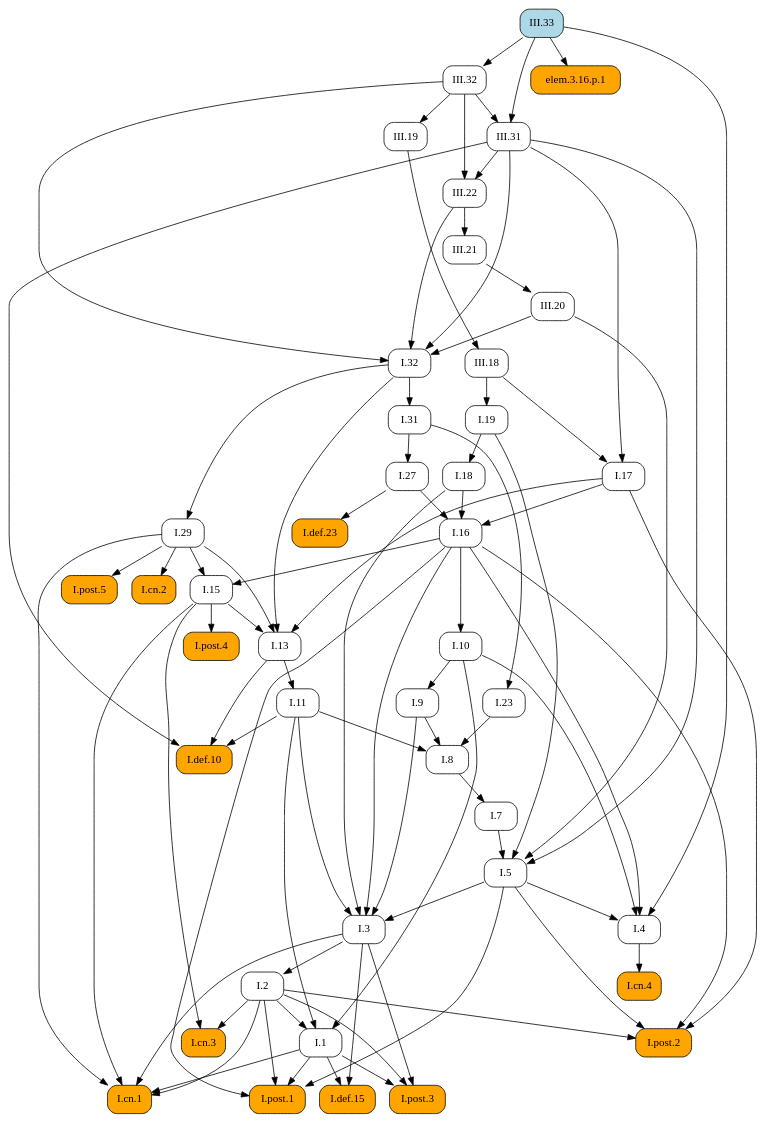
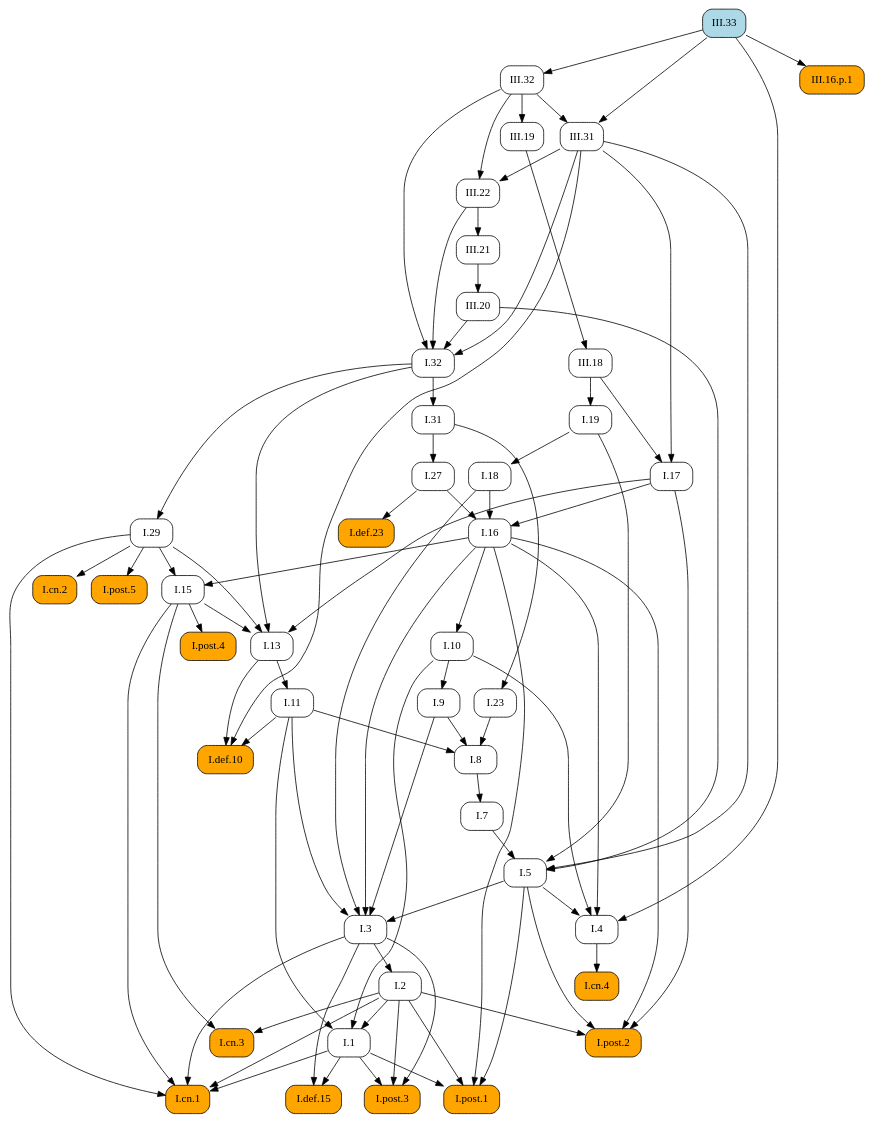
Before and after one commit to geometor/elements: the diagram in docsrc/heath/III/33/index.rst, drawn with Graphviz. The commit also changed other lines of this file and 484 other files, not shown here.

```diff
--- a/docsrc/heath/III/33/index.rst
+++ b/docsrc/heath/III/33/index.rst
@@ -140,129 +140,129 @@
    digraph {
      rankdir="TB";
      node [shape=box, style=rounded];
-     "I.def.10" [style="rounded,filled", fillcolor=orange, URL="/heath/I/def.10/", target="_top"];
-     "I.11" [URL="/heath/I/11/", target="_top"];
-     "I.post.4" [style="rounded,filled", fillcolor=orange, URL="/heath/I/post.4/", target="_top"];
-     "I.1" [URL="/heath/I/1/", target="_top"];
-     "III.32" [URL="/heath/III/32/", target="_top"];
-     "I.29" [URL="/heath/I/29/", target="_top"];
+     "I.23" [URL="/heath/I/23/", target="_top"];
+     "I.9" [URL="/heath/I/9/", target="_top"];
+     "I.32" [URL="/heath/I/32/", target="_top"];
+     "III.16.p.1" [style="rounded,filled", fillcolor=orange];
+     "I.def.15" [style="rounded,filled", fillcolor=orange, URL="/heath/I/def.15/", target="_top"];
+     "I.post.3" [style="rounded,filled", fillcolor=orange, URL="/heath/I/post.3/", target="_top"];
+     "I.post.1" [style="rounded,filled", fillcolor=orange, URL="/heath/I/post.1/", target="_top"];
+     "I.19" [URL="/heath/I/19/", target="_top"];
      "III.20" [URL="/heath/III/20/", target="_top"];
      "III.19" [URL="/heath/III/19/", target="_top"];
+     "I.31" [URL="/heath/I/31/", target="_top"];
+     "III.22" [URL="/heath/III/22/", target="_top"];
+     "I.def.10" [style="rounded,filled", fillcolor=orange, URL="/heath/I/def.10/", target="_top"];
+     "I.18" [URL="/heath/I/18/", target="_top"];
+     "I.27" [URL="/heath/I/27/", target="_top"];
+     "I.3" [URL="/heath/I/3/", target="_top"];
+     "I.cn.1" [style="rounded,filled", fillcolor=orange, URL="/heath/I/cn.1/", target="_top"];
+     "III.18" [URL="/heath/III/18/", target="_top"];
+     "I.7" [URL="/heath/I/7/", target="_top"];
+     "III.32" [URL="/heath/III/32/", target="_top"];
+     "I.2" [URL="/heath/I/2/", target="_top"];
+     "I.13" [URL="/heath/I/13/", target="_top"];
+     "I.post.4" [style="rounded,filled", fillcolor=orange, URL="/heath/I/post.4/", target="_top"];
+     "I.4" [URL="/heath/I/4/", target="_top"];
+     "I.1" [URL="/heath/I/1/", target="_top"];
+     "I.5" [URL="/heath/I/5/", target="_top"];
+     "I.17" [URL="/heath/I/17/", target="_top"];
+     "I.8" [URL="/heath/I/8/", target="_top"];
+     "I.29" [URL="/heath/I/29/", target="_top"];
+     "I.cn.3" [style="rounded,filled", fillcolor=orange, URL="/heath/I/cn.3/", target="_top"];
+     "I.16" [URL="/heath/I/16/", target="_top"];
      "III.31" [URL="/heath/III/31/", target="_top"];
+     "III.33" [style="rounded,filled", fillcolor=lightblue, URL="/heath/III/33/", target="_top"];
+     "I.15" [URL="/heath/I/15/", target="_top"];
+     "I.10" [URL="/heath/I/10/", target="_top"];
+     "I.11" [URL="/heath/I/11/", target="_top"];
+     "I.def.23" [style="rounded,filled", fillcolor=orange, URL="/heath/I/def.23/", target="_top"];
      "I.cn.2" [style="rounded,filled", fillcolor=orange, URL="/heath/I/cn.2/", target="_top"];
-     "I.18" [URL="/heath/I/18/", target="_top"];
-     "I.def.15" [style="rounded,filled", fillcolor=orange, URL="/heath/I/def.15/", target="_top"];
-     "I.post.3" [style="rounded,filled", fillcolor=orange, URL="/heath/I/post.3/", target="_top"];
-     "I.cn.1" [style="rounded,filled", fillcolor=orange, URL="/heath/I/cn.1/", target="_top"];
-     "I.cn.3" [style="rounded,filled", fillcolor=orange, URL="/heath/I/cn.3/", target="_top"];
-     "I.23" [URL="/heath/I/23/", target="_top"];
-     "elem.3.16.p.1" [style="rounded,filled", fillcolor=orange];
-     "I.post.1" [style="rounded,filled", fillcolor=orange, URL="/heath/I/post.1/", target="_top"];
-     "I.27" [URL="/heath/I/27/", target="_top"];
-     "I.7" [URL="/heath/I/7/", target="_top"];
-     "I.3" [URL="/heath/I/3/", target="_top"];
-     "I.2" [URL="/heath/I/2/", target="_top"];
-     "I.4" [URL="/heath/I/4/", target="_top"];
-     "I.def.23" [style="rounded,filled", fillcolor=orange, URL="/heath/I/def.23/", target="_top"];
-     "I.13" [URL="/heath/I/13/", target="_top"];
-     "I.17" [URL="/heath/I/17/", target="_top"];
-     "III.33" [style="rounded,filled", fillcolor=lightblue, URL="/heath/III/33/", target="_top"];
+     "I.post.5" [style="rounded,filled", fillcolor=orange, URL="/heath/I/post.5/", target="_top"];
+     "I.cn.4" [style="rounded,filled", fillcolor=orange, URL="/heath/I/cn.4/", target="_top"];
+     "III.21" [URL="/heath/III/21/", target="_top"];
      "I.post.2" [style="rounded,filled", fillcolor=orange, URL="/heath/I/post.2/", target="_top"];
-     "I.31" [URL="/heath/I/31/", target="_top"];
-     "I.16" [URL="/heath/I/16/", target="_top"];
-     "I.19" [URL="/heath/I/19/", target="_top"];
-     "I.9" [URL="/heath/I/9/", target="_top"];
-     "I.32" [URL="/heath/I/32/", target="_top"];
-     "I.8" [URL="/heath/I/8/", target="_top"];
-     "I.cn.4" [style="rounded,filled", fillcolor=orange, URL="/heath/I/cn.4/", target="_top"];
-     "I.15" [URL="/heath/I/15/", target="_top"];
-     "III.21" [URL="/heath/III/21/", target="_top"];
-     "III.22" [URL="/heath/III/22/", target="_top"];
-     "I.post.5" [style="rounded,filled", fillcolor=orange, URL="/heath/I/post.5/", target="_top"];
-     "I.10" [URL="/heath/I/10/", target="_top"];
-     "III.18" [URL="/heath/III/18/", target="_top"];
-     "I.5" [URL="/heath/I/5/", target="_top"];
-     "I.11" -> "I.def.10";
-     "I.13" -> "I.def.10";
-     "III.31" -> "I.def.10";
-     "I.13" -> "I.11";
-     "I.15" -> "I.post.4";
-     "I.2" -> "I.1";
-     "I.10" -> "I.1";
-     "I.11" -> "I.1";
-     "III.33" -> "III.32";
-     "I.32" -> "I.29";
-     "III.21" -> "III.20";
-     "III.32" -> "III.19";
-     "III.32" -> "III.31";
-     "III.33" -> "III.31";
-     "I.29" -> "I.cn.2";
-     "I.19" -> "I.18";
+     "I.31" -> "I.23";
+     "I.10" -> "I.9";
+     "III.20" -> "I.32";
+     "III.22" -> "I.32";
+     "III.31" -> "I.32";
+     "III.32" -> "I.32";
+     "III.33" -> "III.16.p.1";
      "I.1" -> "I.def.15";
      "I.3" -> "I.def.15";
      "I.1" -> "I.post.3";
      "I.2" -> "I.post.3";
      "I.3" -> "I.post.3";
+     "I.1" -> "I.post.1";
+     "I.2" -> "I.post.1";
+     "I.5" -> "I.post.1";
+     "I.16" -> "I.post.1";
+     "III.18" -> "I.19";
+     "III.21" -> "III.20";
+     "III.32" -> "III.19";
+     "I.32" -> "I.31";
+     "III.31" -> "III.22";
+     "III.32" -> "III.22";
+     "I.11" -> "I.def.10";
+     "I.13" -> "I.def.10";
+     "III.31" -> "I.def.10";
+     "I.19" -> "I.18";
+     "I.31" -> "I.27";
+     "I.5" -> "I.3";
+     "I.9" -> "I.3";
+     "I.11" -> "I.3";
+     "I.16" -> "I.3";
+     "I.18" -> "I.3";
      "I.1" -> "I.cn.1";
      "I.2" -> "I.cn.1";
      "I.3" -> "I.cn.1";
      "I.15" -> "I.cn.1";
      "I.29" -> "I.cn.1";
-     "I.2" -> "I.cn.3";
-     "I.15" -> "I.cn.3";
-     "I.31" -> "I.23";
-     "III.33" -> "elem.3.16.p.1";
-     "I.1" -> "I.post.1";
-     "I.2" -> "I.post.1";
-     "I.5" -> "I.post.1";
-     "I.16" -> "I.post.1";
-     "I.31" -> "I.27";
+     "III.19" -> "III.18";
      "I.8" -> "I.7";
-     "I.5" -> "I.3";
-     "I.9" -> "I.3";
-     "I.11" -> "I.3";
-     "I.16" -> "I.3";
-     "I.18" -> "I.3";
+     "III.33" -> "III.32";
      "I.3" -> "I.2";
+     "I.15" -> "I.13";
+     "I.17" -> "I.13";
+     "I.29" -> "I.13";
+     "I.32" -> "I.13";
+     "I.15" -> "I.post.4";
      "I.5" -> "I.4";
      "I.10" -> "I.4";
      "I.16" -> "I.4";
      "III.33" -> "I.4";
-     "I.27" -> "I.def.23";
-     "I.15" -> "I.13";
-     "I.17" -> "I.13";
-     "I.29" -> "I.13";
-     "I.32" -> "I.13";
+     "I.2" -> "I.1";
+     "I.10" -> "I.1";
+     "I.11" -> "I.1";
+     "I.7" -> "I.5";
+     "I.19" -> "I.5";
+     "III.20" -> "I.5";
+     "III.31" -> "I.5";
      "III.18" -> "I.17";
      "III.31" -> "I.17";
+     "I.9" -> "I.8";
+     "I.11" -> "I.8";
+     "I.23" -> "I.8";
+     "I.32" -> "I.29";
+     "I.2" -> "I.cn.3";
+     "I.15" -> "I.cn.3";
+     "I.17" -> "I.16";
+     "I.18" -> "I.16";
+     "I.27" -> "I.16";
+     "III.32" -> "III.31";
+     "III.33" -> "III.31";
+     "I.16" -> "I.15";
+     "I.29" -> "I.15";
+     "I.16" -> "I.10";
+     "I.13" -> "I.11";
+     "I.27" -> "I.def.23";
+     "I.29" -> "I.cn.2";
+     "I.29" -> "I.post.5";
+     "I.4" -> "I.cn.4";
+     "III.22" -> "III.21";
      "I.2" -> "I.post.2";
      "I.5" -> "I.post.2";
      "I.16" -> "I.post.2";
      "I.17" -> "I.post.2";
-     "I.32" -> "I.31";
-     "I.17" -> "I.16";
-     "I.18" -> "I.16";
-     "I.27" -> "I.16";
-     "III.18" -> "I.19";
-     "I.10" -> "I.9";
-     "III.20" -> "I.32";
-     "III.22" -> "I.32";
-     "III.31" -> "I.32";
-     "III.32" -> "I.32";
-     "I.9" -> "I.8";
-     "I.11" -> "I.8";
-     "I.23" -> "I.8";
-     "I.4" -> "I.cn.4";
-     "I.16" -> "I.15";
-     "I.29" -> "I.15";
-     "III.22" -> "III.21";
-     "III.31" -> "III.22";
-     "III.32" -> "III.22";
-     "I.29" -> "I.post.5";
-     "I.16" -> "I.10";
-     "III.19" -> "III.18";
-     "I.7" -> "I.5";
-     "I.19" -> "I.5";
-     "III.20" -> "I.5";
-     "III.31" -> "I.5";
    }
```
